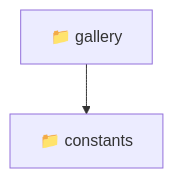
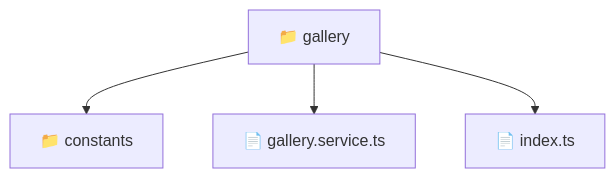
One commit to beginwebdev2002/fullstack-mavluda changed the diagram in frontend/src/entities/gallery/README.md. Above: the diagram before and after it, drawn with Mermaid. The commit also changed other lines of this file and 157 other files, not shown here.

First line of the commit message:
docs: generate localized readmes for architectural transparency

````diff
--- a/frontend/src/entities/gallery/README.md
+++ b/frontend/src/entities/gallery/README.md
@@ -11,5 +11,7 @@
 ```mermaid
 graph TD
   gallery["📁 gallery"]
-  gallery --> constants["📁 constants"]
+  gallery --> gallery_constants["📁 constants"]
+  gallery --> gallery_gallery_service_ts["📄 gallery.service.ts"]
+  gallery --> gallery_index_ts["📄 index.ts"]
 ```
````
